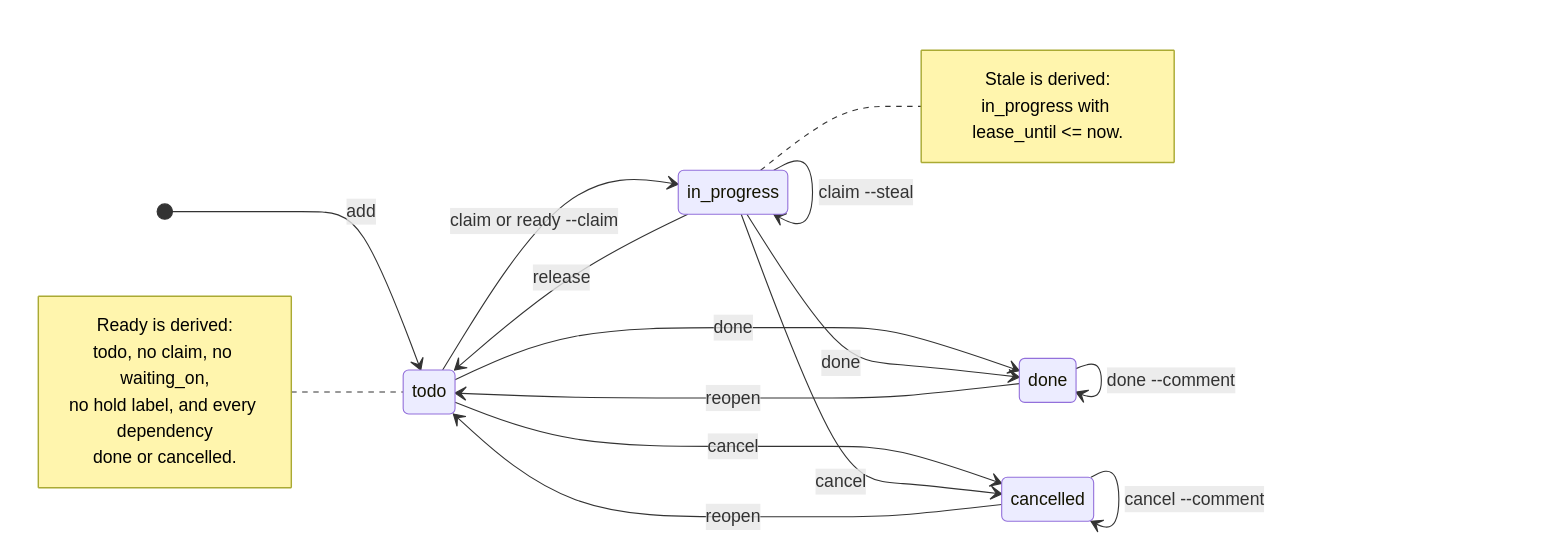
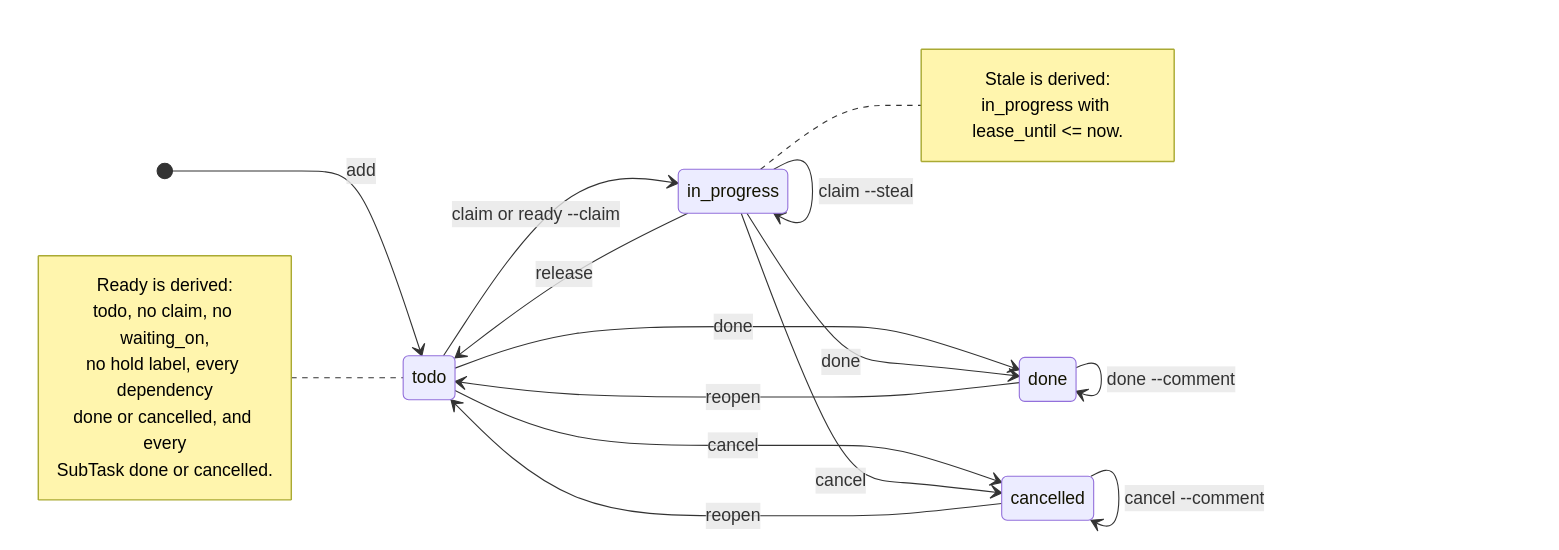
Before and after one commit to rcmendes/orbit: the second of 2 diagrams in docs/SPEC.md, drawn with Mermaid. The commit also changed other lines of this file and 25 other files, not shown here.

````diff
--- a/docs/SPEC.md
+++ b/docs/SPEC.md
@@ -126,34 +127,35 @@
 ```mermaid
 stateDiagram-v2
     direction LR
 
     [*] --> todo: add
 
     todo --> in_progress: claim or ready --claim
     todo --> done: done
     todo --> cancelled: cancel
 
     in_progress --> todo: release
     in_progress --> in_progress: heartbeat
     in_progress --> in_progress: claim --steal
     in_progress --> done: done
     in_progress --> cancelled: cancel
 
     done --> todo: reopen
     cancelled --> todo: reopen
 
     done --> done: done --comment
     cancelled --> cancelled: cancel --comment
 
     note right of in_progress
         Stale is derived:
         in_progress with lease_until <= now.
     end note
 
     note left of todo
         Ready is derived:
         todo, no claim, no waiting_on,
-        no hold label, and every dependency
-        done or cancelled.
+        no hold label, every dependency
+        done or cancelled, and every
+        SubTask done or cancelled.
     end note
 ```
````
